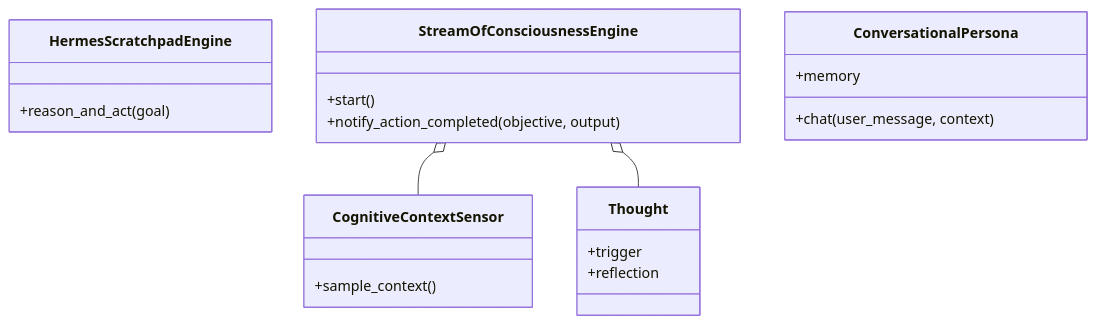
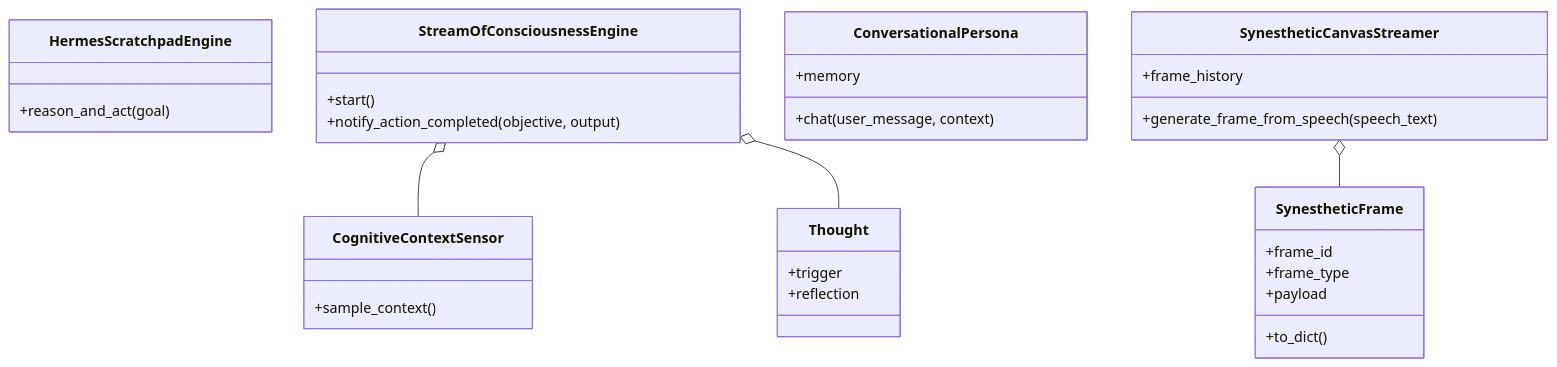
Before and after one commit to SAGBO4/FreeAi: the diagram in docs/architecture/cognition/classes.md, drawn with Mermaid. The commit also changed 11 other files, not shown here.

````diff
--- a/docs/architecture/cognition/classes.md
+++ b/docs/architecture/cognition/classes.md
@@ -3,24 +3,35 @@
 ```mermaid
 classDiagram
 %% source: app/cognition
 class HermesScratchpadEngine {
   +reason_and_act(goal)
 }
 class Thought {
   +trigger
   +reflection
 }
 class CognitiveContextSensor {
   +sample_context()
 }
 class StreamOfConsciousnessEngine {
   +start()
   +notify_action_completed(objective, output)
 }
 class ConversationalPersona {
   +memory
   +chat(user_message, context)
 }
+class SynestheticFrame {
+  +frame_id
+  +frame_type
+  +payload
+  +to_dict()
+}
+class SynestheticCanvasStreamer {
+  +frame_history
+  +generate_frame_from_speech(speech_text)
+}
 StreamOfConsciousnessEngine o-- CognitiveContextSensor
 StreamOfConsciousnessEngine o-- Thought
+SynestheticCanvasStreamer o-- SynestheticFrame
 ```
````
